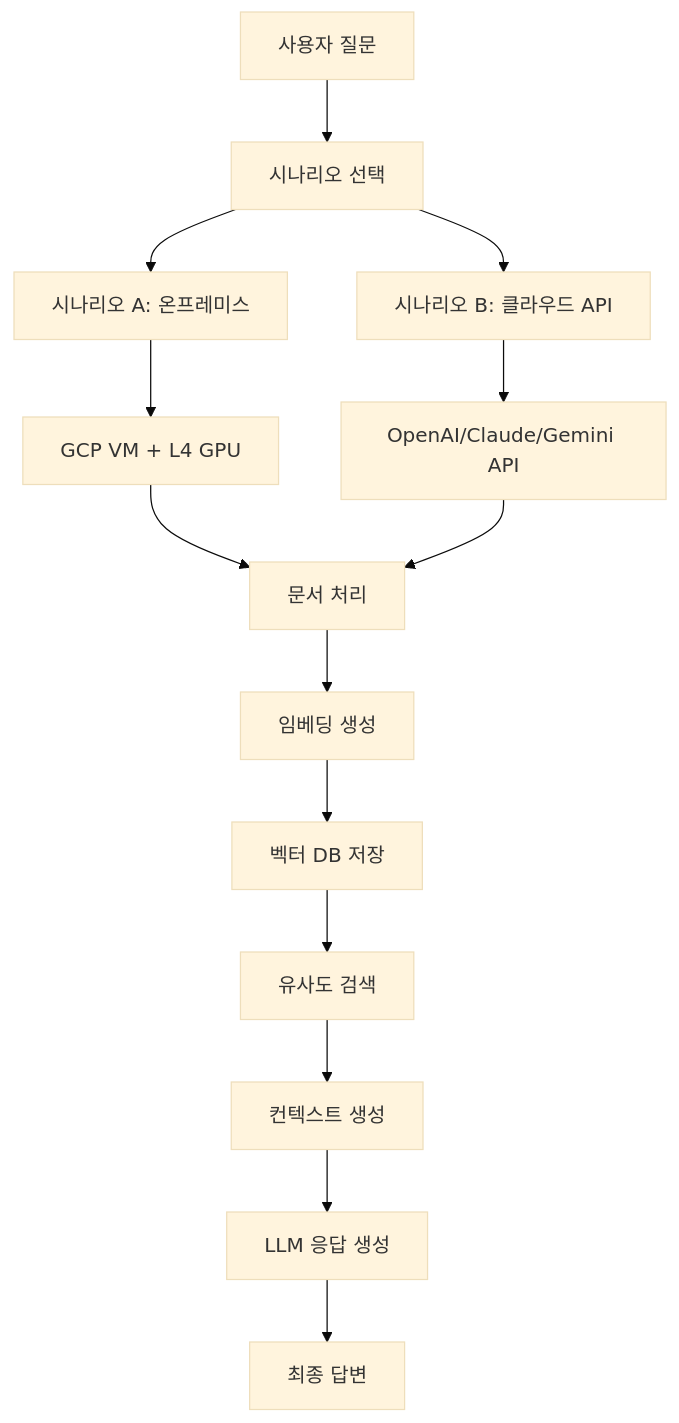
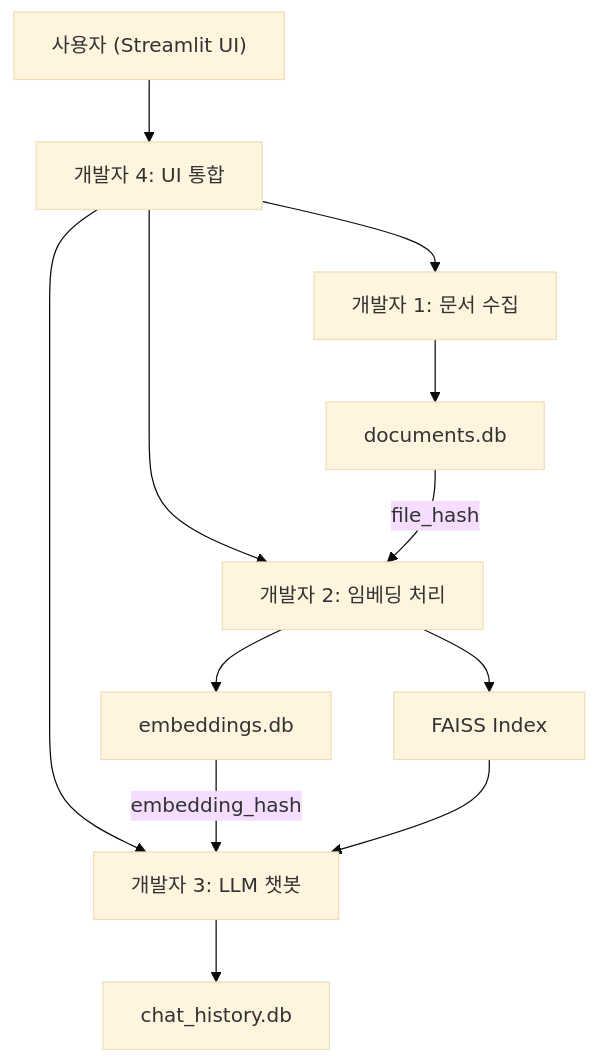
One commit to c0z0c/codeit_ai_g2b_search changed the first of 8 diagrams in docs/doc/RAG_PEP_프로젝트_가이드.md. Above: the diagram before and after it, drawn with Mermaid (base theme). The commit also changed other lines of this file and 12 other files, not shown here.

````diff
--- a/docs/doc/RAG_PEP_프로젝트_가이드.md
+++ b/docs/doc/RAG_PEP_프로젝트_가이드.md
@@ -85,16 +95,14 @@
 ```mermaid
 graph TB
-    A["사용자 질문"] --> B["시나리오 선택"]
-    B --> C["시나리오 A: 온프레미스"]
-    B --> D["시나리오 B: 클라우드 API"]
-    C --> E["GCP VM + L4 GPU"]
-    D --> F["OpenAI/Claude/Gemini API"]
-    E --> G["문서 처리"]
-    F --> G
-    G --> H["임베딩 생성"]
-    H --> I["벡터 DB 저장"]
-    I --> J["유사도 검색"]
-    J --> K["컨텍스트 생성"]
-    K --> L["LLM 응답 생성"]
-    L --> M["최종 답변"]
+    A["사용자 (Streamlit UI)"] --> B["개발자 4: UI 통합"]
+    B --> C["개발자 1: 문서 수집"]
+    B --> D["개발자 2: 임베딩 처리"]
+    B --> E["개발자 3: LLM 챗봇"]
+    C --> F["documents.db"]
+    D --> G["embeddings.db"]
+    D --> H["FAISS Index"]
+    E --> I["chat_history.db"]
+    F --> |"file_hash"| D
+    G --> |"embedding_hash"| E
+    H --> E
 ```
````
